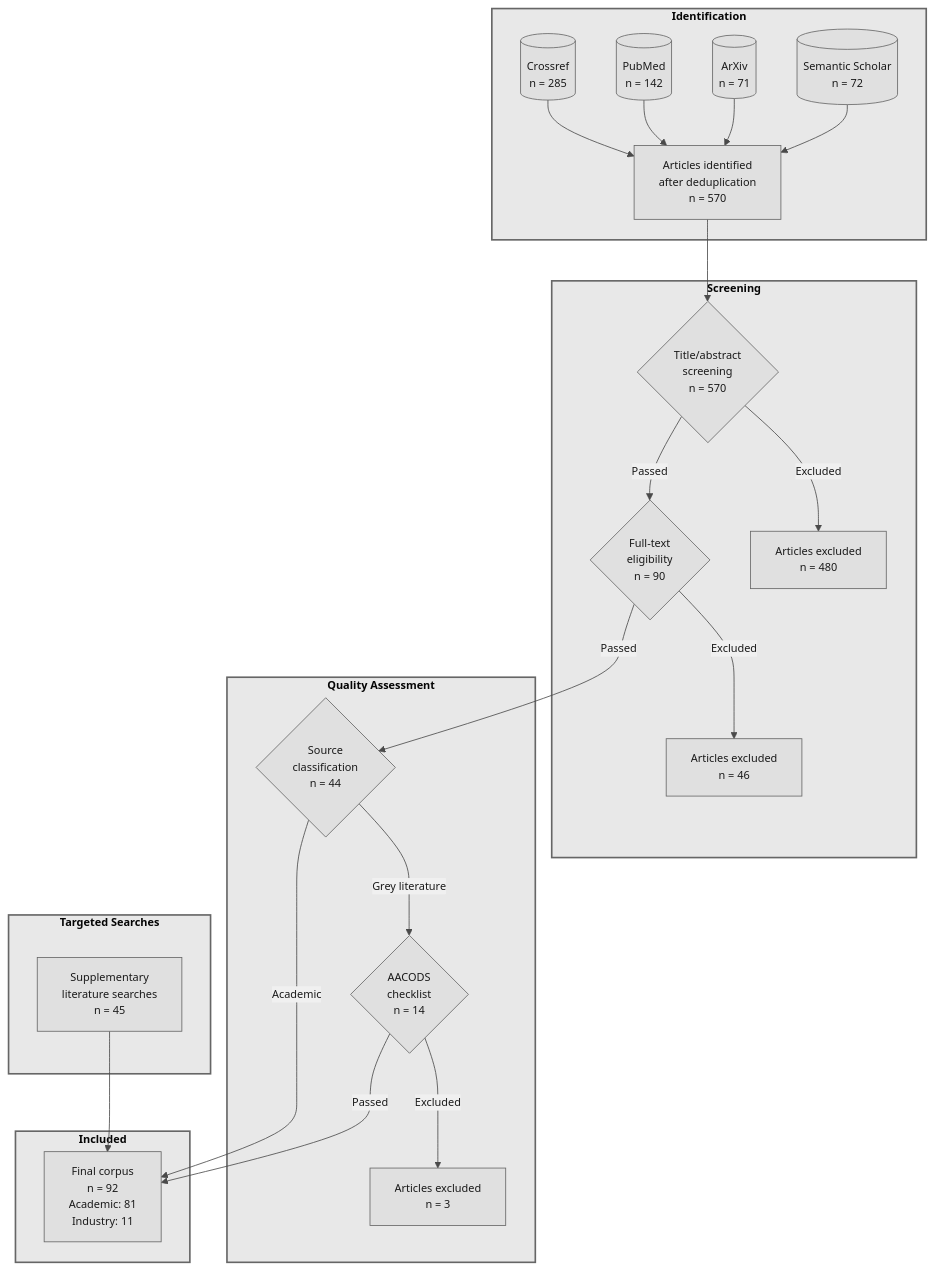
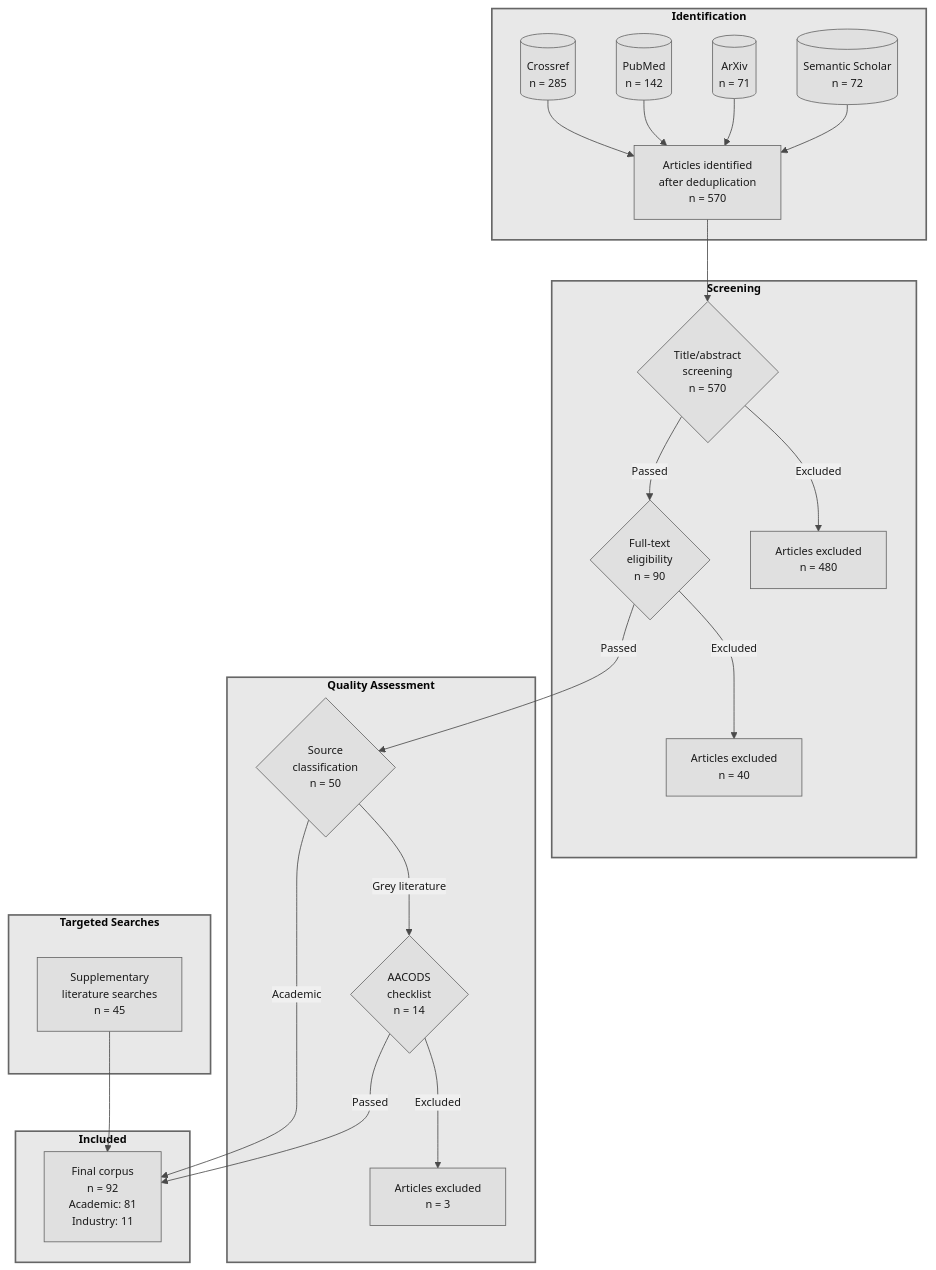
Before and after one commit to stharrold/yuimedi-paper-20250901: the diagram in figures/literature-flow.mmd, drawn with Mermaid. The commit also changed 168 other files, not shown here.

```diff
--- a/figures/literature-flow.mmd
+++ b/figures/literature-flow.mmd
@@ -1,44 +1,44 @@
 %%{init: {'theme': 'base', 'flowchart': {'useMaxWidth': false, 'markdownAutoWrap': false}, 'themeVariables': { 'primaryColor': '#e0e0e0', 'primaryTextColor': '#1a1a1a', 'primaryBorderColor': '#666', 'lineColor': '#4a4a4a', 'secondaryColor': '#f0f0f0', 'tertiaryColor': '#fafafa', 'fontFamily': 'Arial, sans-serif', 'fontSize': '10pt'}}}%%
 flowchart TD
     %% PRISMA 2020 Flow Diagram for Literature Selection
     %% Aligned with lit_review academic-literature-review workflow
     %% Total: 570 identified + 45 targeted → 92 included
     %% Note: Generate PNG via mermaid.live for proper font rendering
 
     subgraph ID["<b>Identification</b>"]
         A1[("Crossref<br/>n = 285")] --> A
         A2[("PubMed<br/>n = 142")] --> A
         A3[("ArXiv<br/>n = 71")] --> A
         A4[("Semantic Scholar<br/>n = 72")] --> A
         A["Articles identified<br/>after deduplication<br/>n = 570"]
     end
 
     subgraph SC["<b>Screening</b>"]
         A --> D{"Title/abstract<br/>screening<br/>n = 570"}
         D -->|"Excluded"| E["Articles excluded<br/>n = 480"]
         D -->|"Passed"| H{"Full-text<br/>eligibility<br/>n = 90"}
-        H -->|"Excluded"| I["Articles excluded<br/>n = 46"]
+        H -->|"Excluded"| I["Articles excluded<br/>n = 40"]
     end
 
     subgraph QA["<b>Quality Assessment</b>"]
-        H -->|"Passed"| J{"Source<br/>classification<br/>n = 44"}
+        H -->|"Passed"| J{"Source<br/>classification<br/>n = 50"}
         J -->|"Grey literature"| L{"AACODS<br/>checklist<br/>n = 14"}
         L -->|"Excluded"| N["Articles excluded<br/>n = 3"]
     end
 
     subgraph TS["<b>Targeted Searches</b>"]
         T1["Supplementary<br/>literature searches<br/>n = 45"]
     end
 
     subgraph IN["<b>Included</b>"]
         J -->|"Academic"| O["Final corpus<br/>n = 92<br/>Academic: 81<br/>Industry: 11"]
         L -->|"Passed"| O
         T1 --> O
     end
 
     %% Styling - Grayscale
     style ID fill:#e8e8e8,stroke:#666,stroke-width:2px
     style SC fill:#e8e8e8,stroke:#666,stroke-width:2px
     style QA fill:#e8e8e8,stroke:#666,stroke-width:2px
     style TS fill:#e8e8e8,stroke:#666,stroke-width:2px
     style IN fill:#e8e8e8,stroke:#666,stroke-width:2px
```
